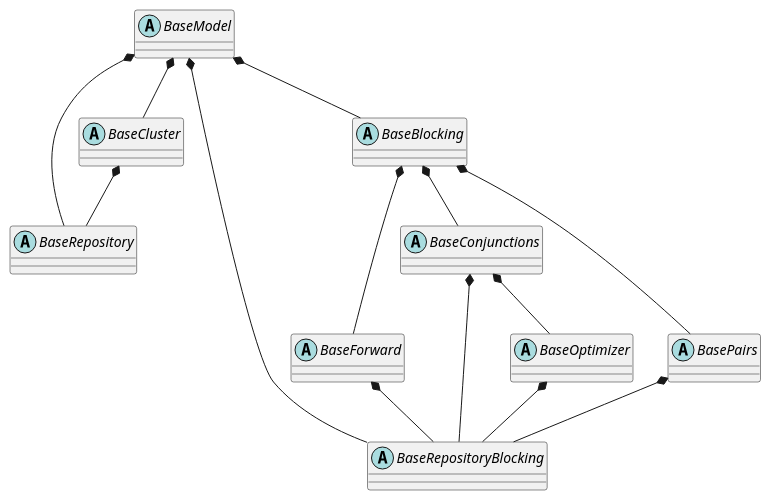
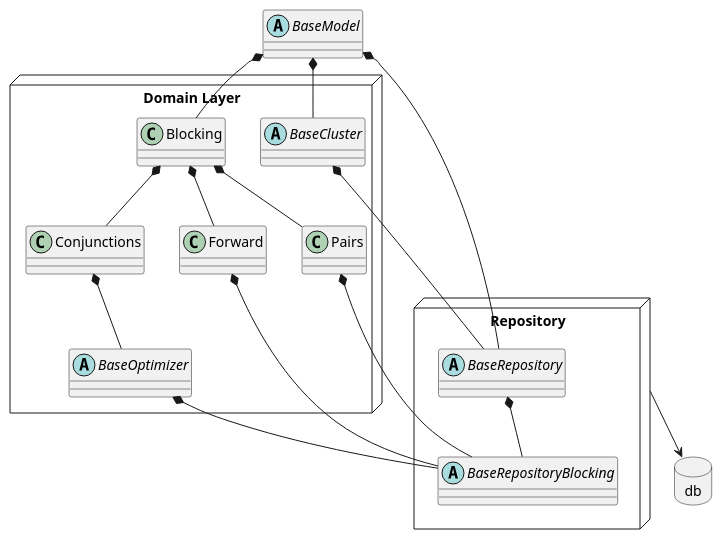
One commit to chansooligans/oagdedupe changed the diagram in references/compositions.puml. Above: the diagram before and after it, drawn with PlantUML. The commit also changed 2 other files, not shown here.

```diff
--- a/references/compositions.puml
+++ b/references/compositions.puml
@@ -1,59 +1,52 @@
 @startuml Class Hierarchy
+
 
 '---------------------Abstract Nodes------------------------------'
 
 abstract class BaseModel
 
-'compute'
-abstract class BaseRepository
-abstract class BaseRepositoryBlocking
-
-'blocking'
-abstract class BaseBlocking
-abstract class BaseForward
-abstract class BaseConjunctions
-abstract class BasePairs
-abstract class BaseOptimizer
-
-'clustering'
-abstract class BaseCluster
+'database'
+database db [
+    db
+]
 
 '---------------------Edges------------------------------'
 
 'api'
 ' BaseModel <|-- "ext" Dedupe
 ' BaseModel <|-- "ext" RecordLinkage
 ' BaseModel <|-- "ext" Fapi
-BaseModel *-- BaseRepository
-BaseModel *-- BaseRepositoryBlocking
-BaseModel *-- BaseBlocking
-BaseModel *-- BaseCluster
-' BaseModel *-- Setting
 
-'blocking
-BaseBlocking *-- BaseForward
-BaseBlocking *-- BasePairs
-BaseBlocking *-- BaseConjunctions
+node "Domain Layer" {
+    'blocking'
+    abstract class BaseOptimizer
 
-BaseConjunctions *-- BaseOptimizer
-' BaseBlocking <|-- "ext" Blocking
-' BaseForward <|-- "ext" Forward
-' BasePairs <|-- "ext" Pairs
-' BaseConjunctions <|-- "ext" Conjunctions
-' BaseOptimizer <|-- "ext" DynamicProgram
+    'clustering'
+    abstract class BaseCluster
 
-' BaseForward <|-- BlockSchemes
-' BaseConjunctions <|-- BlockSchemes
-' BaseOptimizer <|-- BlockSchemes
+    BaseModel *-- Blocking
+    BaseModel *-- BaseCluster
 
-'clustering
-' BaseCluster <|-- "ext" ConnectedComponents
+    'blocking
+    Blocking *-- Forward
+    Blocking *-- Pairs
+    Blocking *-- Conjunctions
 
-'compute
-BaseForward *-- BaseRepositoryBlocking
-BasePairs *-- BaseRepositoryBlocking
-BaseConjunctions *-- BaseRepositoryBlocking
-BaseOptimizer *-- BaseRepositoryBlocking
-BaseCluster *-- BaseRepository
+    Conjunctions *-- BaseOptimizer
+}
+
+'repository
+node Repository {
+    abstract class BaseRepository
+    abstract class BaseRepositoryBlocking
+    Forward *-- BaseRepositoryBlocking
+    Pairs *-- BaseRepositoryBlocking
+    BaseOptimizer *-- BaseRepositoryBlocking
+    BaseCluster *-- BaseRepository
+    BaseModel *-- BaseRepository
+    BaseRepository *-- BaseRepositoryBlocking
+}
+
+Repository --> db
 
 @enduml
```
